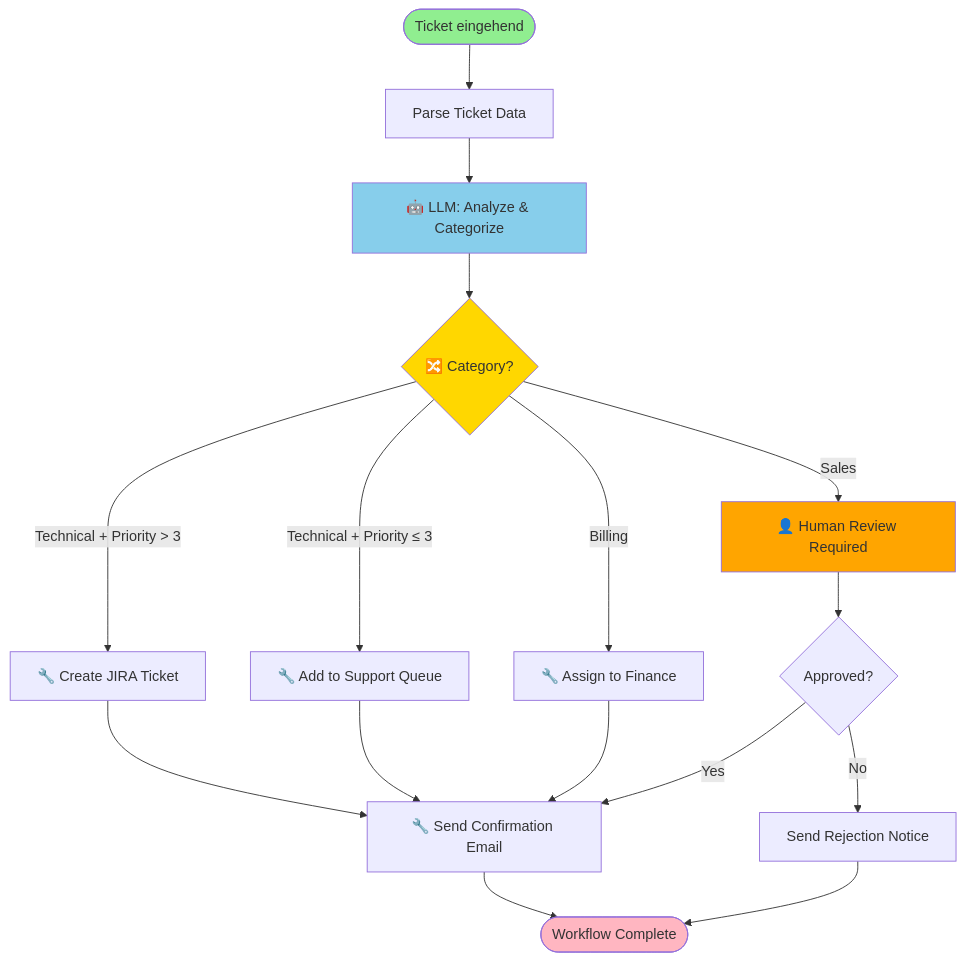
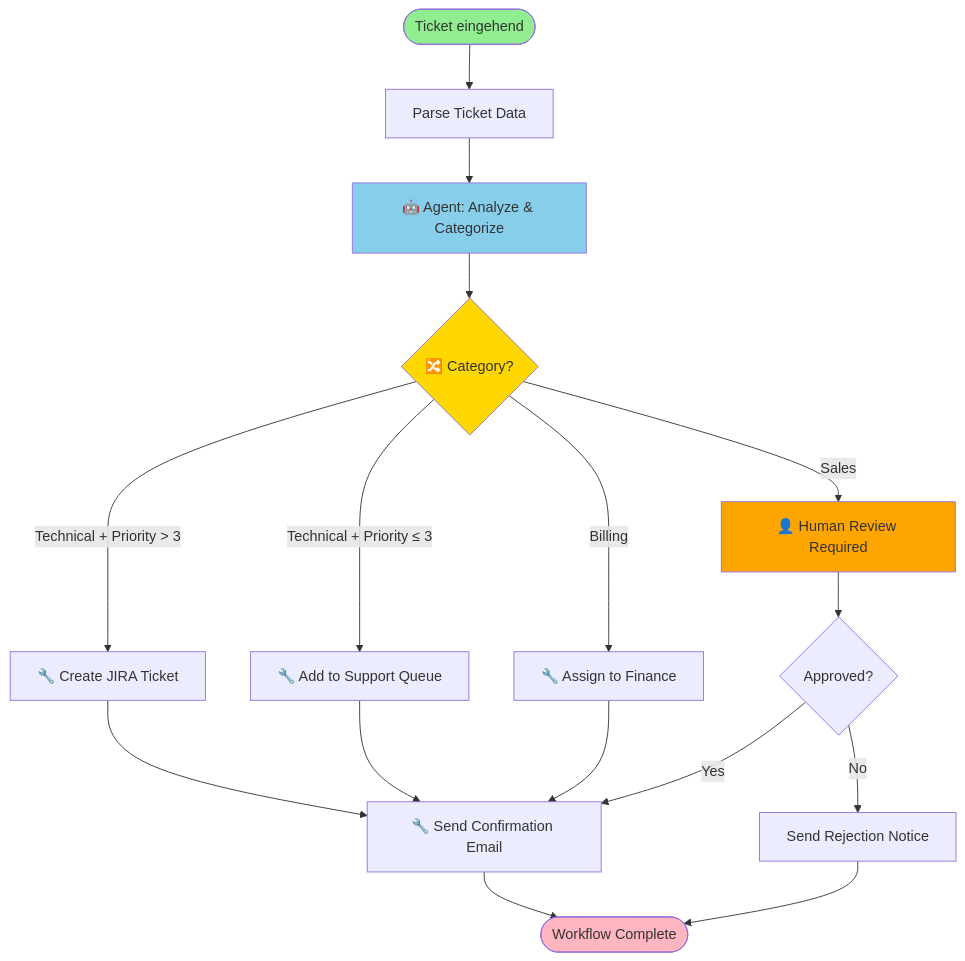
One commit to ralf-42/GenAI changed the seventh of 22 diagrams in docs/frameworks/einsteiger/einsteiger-agent-builder.md. Above: the diagram before and after it, drawn with Mermaid. The commit also changed other lines of this file and 3 other files, not shown here.

````diff
--- a/docs/frameworks/einsteiger/einsteiger-agent-builder.md
+++ b/docs/frameworks/einsteiger/einsteiger-agent-builder.md
@@ -207,28 +209,28 @@
 ```mermaid
 flowchart TB
     START([Ticket eingehend]) --> PARSE[Parse Ticket Data]
-    PARSE --> LLM[🤖 LLM: Analyze & Categorize]
+    PARSE --> AGENT[🤖 Agent: Analyze & Categorize]
 
-    LLM --> COND{🔀 Category?}
+    AGENT --> COND{🔀 Category?}
 
     COND -->|Technical + Priority > 3| JIRA[🔧 Create JIRA Ticket]
     COND -->|Technical + Priority ≤ 3| QUEUE[🔧 Add to Support Queue]
     COND -->|Billing| FINANCE[🔧 Assign to Finance]
     COND -->|Sales| HUMAN[👤 Human Review Required]
 
     JIRA --> EMAIL[🔧 Send Confirmation Email]
     QUEUE --> EMAIL
     FINANCE --> EMAIL
     HUMAN --> APPROVAL{Approved?}
     APPROVAL -->|Yes| EMAIL
     APPROVAL -->|No| REJECT[Send Rejection Notice]
 
     EMAIL --> FINISH([Workflow Complete])
     REJECT --> FINISH
 
     style START fill:#90EE90
     style FINISH fill:#FFB6C1
     style COND fill:#FFD700
-    style LLM fill:#87CEEB
+    style AGENT fill:#87CEEB
     style HUMAN fill:#FFA500
 ```
````
